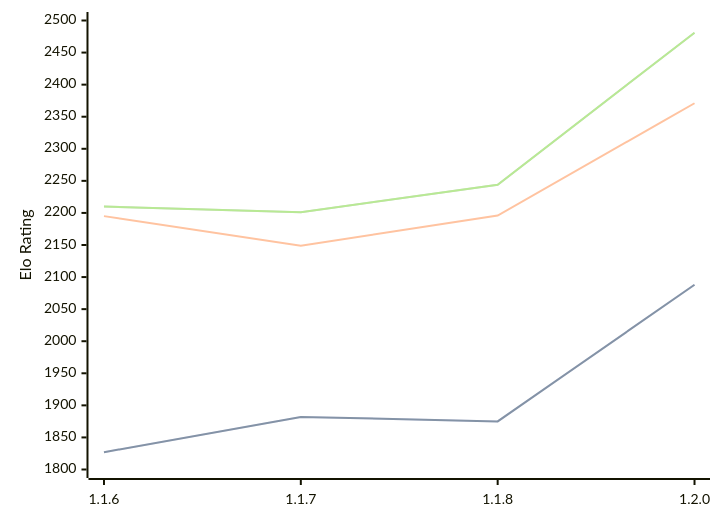
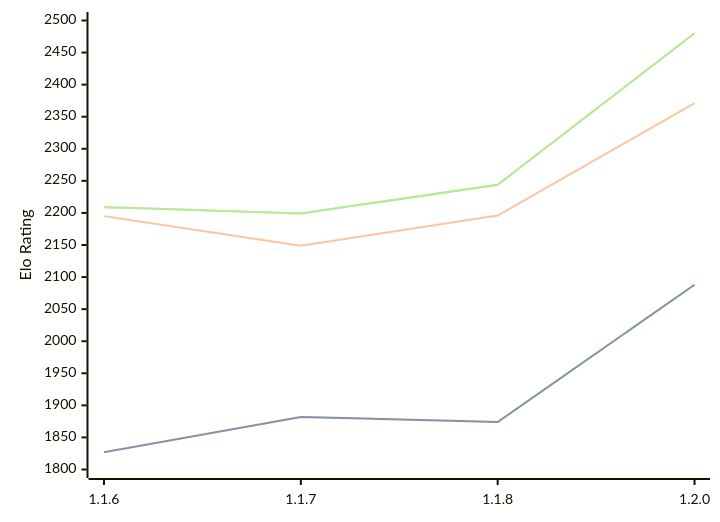
The diagram in engines/Soomi.md (computer-chess-index/cci), drawn with Mermaid before and after one commit. The commit also changed other lines of this file, not shown here.

Commit message:
Update CCI Ratings (ELO VLTC) - 2026-03-03

````diff
--- a/engines/Soomi.md
+++ b/engines/Soomi.md
@@ -32,11 +32,11 @@
 ```mermaid
 %%{init: {"theme":"base","themeVariables":{"seriesColors:['#a3a3a3','#222221','#faa371']}}}%%
 xychart-beta
   x-axis ["1.1.6", "1.1.7", "1.1.8", "1.2.0"]
   y-axis "Elo Rating" 1800 --> 2500
-  line "STC (8.0+0.08s)" [1827, 1882, 1875, 2088]
-  line "STC (8.0+0.08s)" [1827, 1882, 1875, 2088]
+  line "STC (8.0+0.08s)" [1827, 1882, 1874, 2088]
+  line "STC (8.0+0.08s)" [1827, 1882, 1874, 2088]
   line "LTC (60.0+0.60s)" [2195, 2149, 2196, 2371]
-  line "VLTC (2m24s+1.12s)" [2210, 2201, 2244, 2481]
-  line "VLTC (2m24s+1.12s)" [2210, 2201, 2244, 2481]
+  line "VLTC (2m24s+1.12s)" [2209, 2199, 2244, 2480]
+  line "VLTC (2m24s+1.12s)" [2209, 2199, 2244, 2480]
 ```
````
